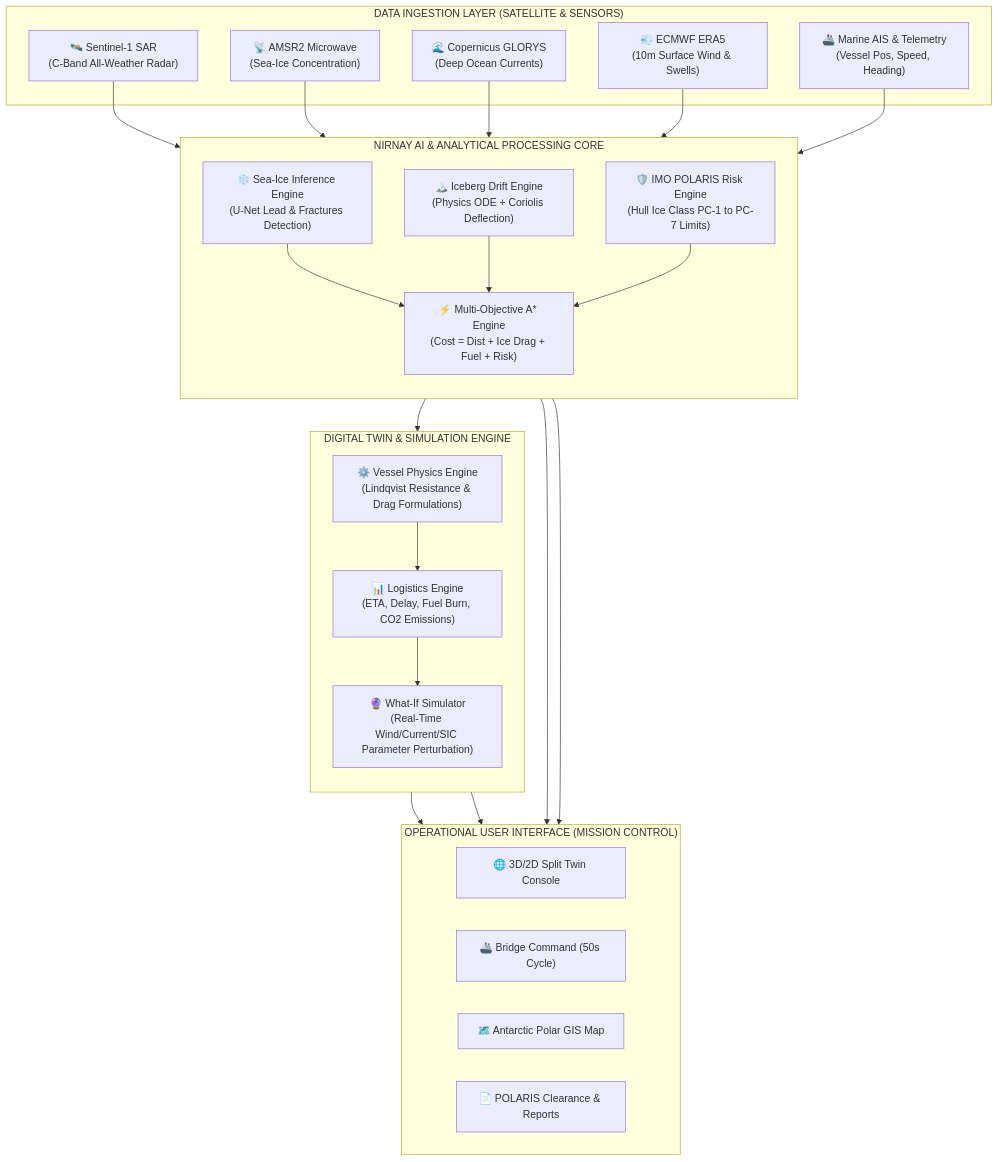
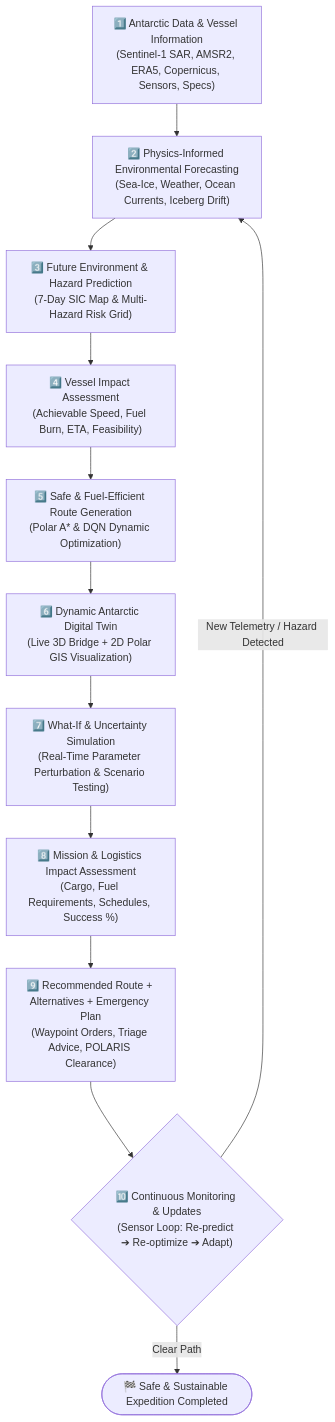
Before and after one commit to Ganesh-Jaishi/NIRNAY: the second of 3 diagrams in README.md, drawn with Mermaid. The commit also changed other lines of this file, not shown here.

````diff
--- a/README.md
+++ b/README.md
@@ -68,52 +132,14 @@
 ```mermaid
-graph TB
-    subgraph "DATA INGESTION LAYER (SATELLITE & SENSORS)"
-        S1["🛰️ Sentinel-1 SAR<br/>(C-Band All-Weather Radar)"]
-        AMSR["📡 AMSR2 Microwave<br/>(Sea-Ice Concentration)"]
-        GLORYS["🌊 Copernicus GLORYS<br/>(Deep Ocean Currents)"]
-        ERA5["💨 ECMWF ERA5<br/>(10m Surface Wind & Swells)"]
-        AIS["🚢 Marine AIS & Telemetry<br/>(Vessel Pos, Speed, Heading)"]
-    end
-
-    subgraph "NIRNAY AI & ANALYTICAL PROCESSING CORE"
-        direction TB
-        SIC_ENG["❄️ Sea-Ice Inference Engine<br/>(U-Net Lead & Fractures Detection)"]
-        DRIFT_ENG["🏔️ Iceberg Drift Engine<br/>(Physics ODE + Coriolis Deflection)"]
-        RISK_ENG["🛡️ IMO POLARIS Risk Engine<br/>(Hull Ice Class PC-1 to PC-7 Limits)"]
-        ASTAR_ENG["⚡ Multi-Objective A* Engine<br/>(Cost = Dist + Ice Drag + Fuel + Risk)"]
-    end
-
-    subgraph "DIGITAL TWIN & SIMULATION ENGINE"
-        direction TB
-        PHYSICS["⚙️ Vessel Physics Engine<br/>(Lindqvist Resistance & Drag Formulations)"]
-        LOGISTICS["📊 Logistics Engine<br/>(ETA, Delay, Fuel Burn, CO2 Emissions)"]
-        WHATIF["🔮 What-If Simulator<br/>(Real-Time Wind/Current/SIC Parameter Perturbation)"]
-    end
-
-    subgraph "OPERATIONAL USER INTERFACE (MISSION CONTROL)"
-        direction LR
-        TWIN_UI["🌐 3D/2D Split Twin Console"]
-        BRIDGE_UI["🚢 Bridge Command (50s Cycle)"]
-        GIS_UI["🗺️ Antarctic Polar GIS Map"]
-        REPORT_UI["📄 POLARIS Clearance & Reports"]
-    end
-
-    S1 --> SIC_ENG
-    AMSR --> SIC_ENG
-    GLORYS --> DRIFT_ENG
-    ERA5 --> DRIFT_ENG
-    AIS --> RISK_ENG
-
-    SIC_ENG --> ASTAR_ENG
-    DRIFT_ENG --> ASTAR_ENG
-    RISK_ENG --> ASTAR_ENG
-
-    ASTAR_ENG --> PHYSICS
-    PHYSICS --> LOGISTICS
-    LOGISTICS --> WHATIF
-
-    WHATIF --> TWIN_UI
-    PHYSICS --> BRIDGE_UI
-    SIC_ENG --> GIS_UI
-    RISK_ENG --> REPORT_UI
+flowchart TD
+    S1["1️⃣ Antarctic Data & Vessel Information<br/>(Sentinel-1 SAR, AMSR2, ERA5, Copernicus, Sensors, Specs)"] --> S2["2️⃣ Physics-Informed Environmental Forecasting<br/>(Sea-Ice, Weather, Ocean Currents, Iceberg Drift)"]
+    S2 --> S3["3️⃣ Future Environment & Hazard Prediction<br/>(7-Day SIC Map & Multi-Hazard Risk Grid)"]
+    S3 --> S4["4️⃣ Vessel Impact Assessment<br/>(Achievable Speed, Fuel Burn, ETA, Feasibility)"]
+    S4 --> S5["5️⃣ Safe & Fuel-Efficient Route Generation<br/>(Polar A* & DQN Dynamic Optimization)"]
+    S5 --> S6["6️⃣ Dynamic Antarctic Digital Twin<br/>(Live 3D Bridge + 2D Polar GIS Visualization)"]
+    S6 --> S7["7️⃣ What-If & Uncertainty Simulation<br/>(Real-Time Parameter Perturbation & Scenario Testing)"]
+    S7 --> S8["8️⃣ Mission & Logistics Impact Assessment<br/>(Cargo, Fuel Requirements, Schedules, Success %)"]
+    S8 --> S9["9️⃣ Recommended Route + Alternatives + Emergency Plan<br/>(Waypoint Orders, Triage Advice, POLARIS Clearance)"]
+    S9 --> S10{"🔟 Continuous Monitoring & Updates<br/>(Sensor Loop: Re-predict ➔ Re-optimize ➔ Adapt)"}
+    S10 -- "New Telemetry / Hazard Detected" --> S2
+    S10 -- "Clear Path" --> MissionSuccess(["🏁 Safe & Sustainable Expedition Completed"])
 ```
````
